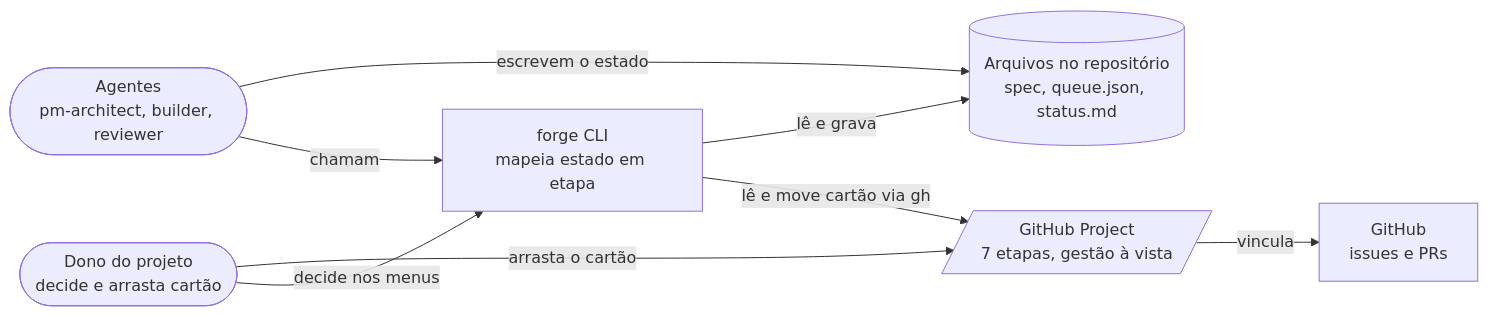
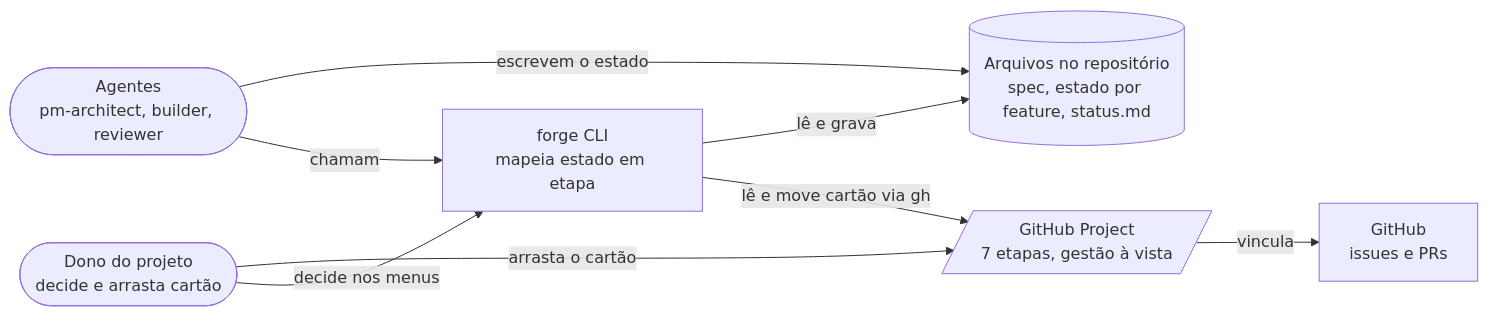
One commit to nathanramorim/forge-sdd changed the diagram in sdd/discovery/108-project-github-espelho-do-ciclo/diagramas/contexto.mmd. Above: the diagram before and after it, drawn with Mermaid. The commit also changed 10 other files, not shown here.

First line of the commit message:
docs(108): fecho completo de dependências, estado por feature e PR único da Constituição

```diff
--- a/sdd/discovery/108-project-github-espelho-do-ciclo/diagramas/contexto.mmd
+++ b/sdd/discovery/108-project-github-espelho-do-ciclo/diagramas/contexto.mmd
@@ -1,14 +1,14 @@
 flowchart LR
   dono(["Dono do projeto<br/>decide e arrasta cartão"])
   ag(["Agentes<br/>pm-architect, builder, reviewer"])
   forge["forge CLI<br/>mapeia estado em etapa"]
-  arq[("Arquivos no repositório<br/>spec, queue.json, status.md")]
+  arq[("Arquivos no repositório<br/>spec, estado por feature, status.md")]
   proj[/"GitHub Project<br/>7 etapas, gestão à vista"/]
   gh["GitHub<br/>issues e PRs"]
   dono -->|"arrasta o cartão"| proj
   dono -->|"decide nos menus"| forge
   ag -->|"escrevem o estado"| arq
   ag -->|"chamam"| forge
   forge -->|"lê e grava"| arq
   forge -->|"lê e move cartão via gh"| proj
   proj -->|"vincula"| gh
```
